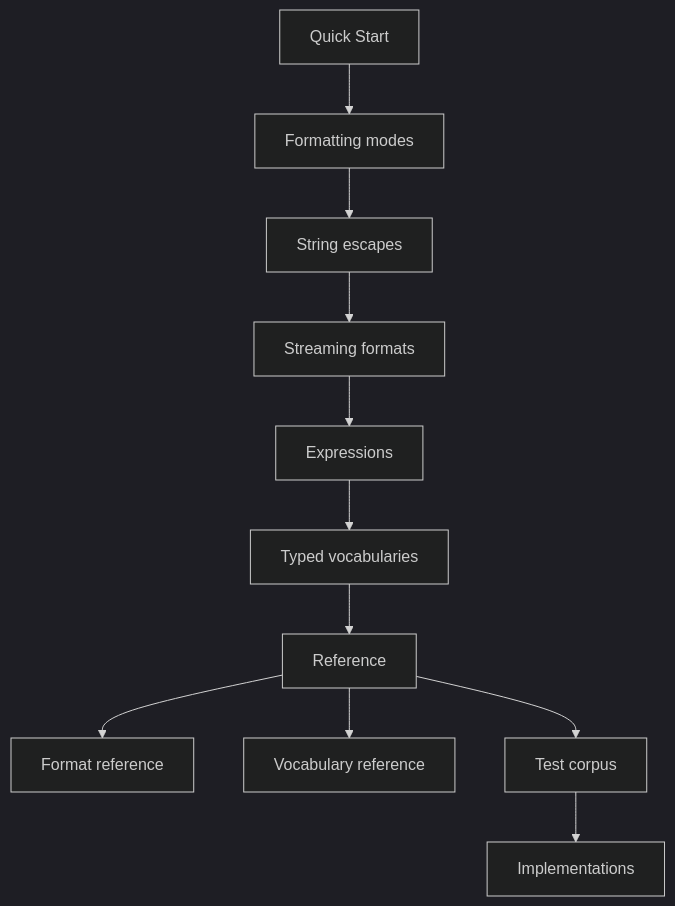
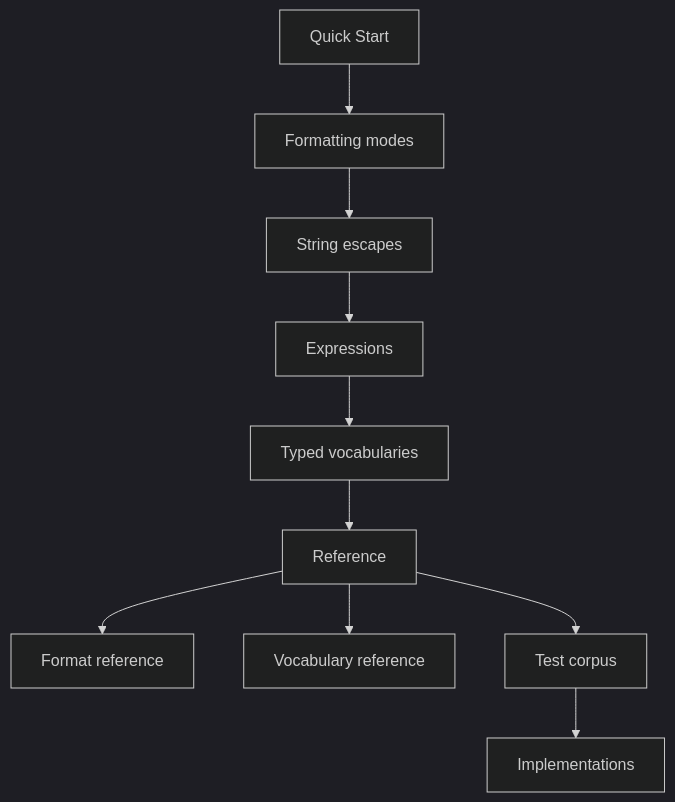
One commit to starfederation/ron changed the diagram in README.md. Above: the diagram before and after it, drawn with Mermaid (dark theme). The commit also changed other lines of this file and 31 other files, not shown here.

````diff
--- a/README.md
+++ b/README.md
@@ -44,13 +42,12 @@
 ```mermaid
 flowchart TD
   quick[Quick Start] --> formatting[Formatting modes]
   formatting --> escaping[String escapes]
-  escaping --> streaming[Streaming formats]
-  streaming --> expressions[Expressions]
+  escaping --> expressions[Expressions]
   expressions --> typed[Typed vocabularies]
   typed --> reference[Reference]
   reference --> format[Format reference]
   reference --> vocab[Vocabulary reference]
   reference --> corpus[Test corpus]
   corpus --> implementations[Implementations]
 ```
````
